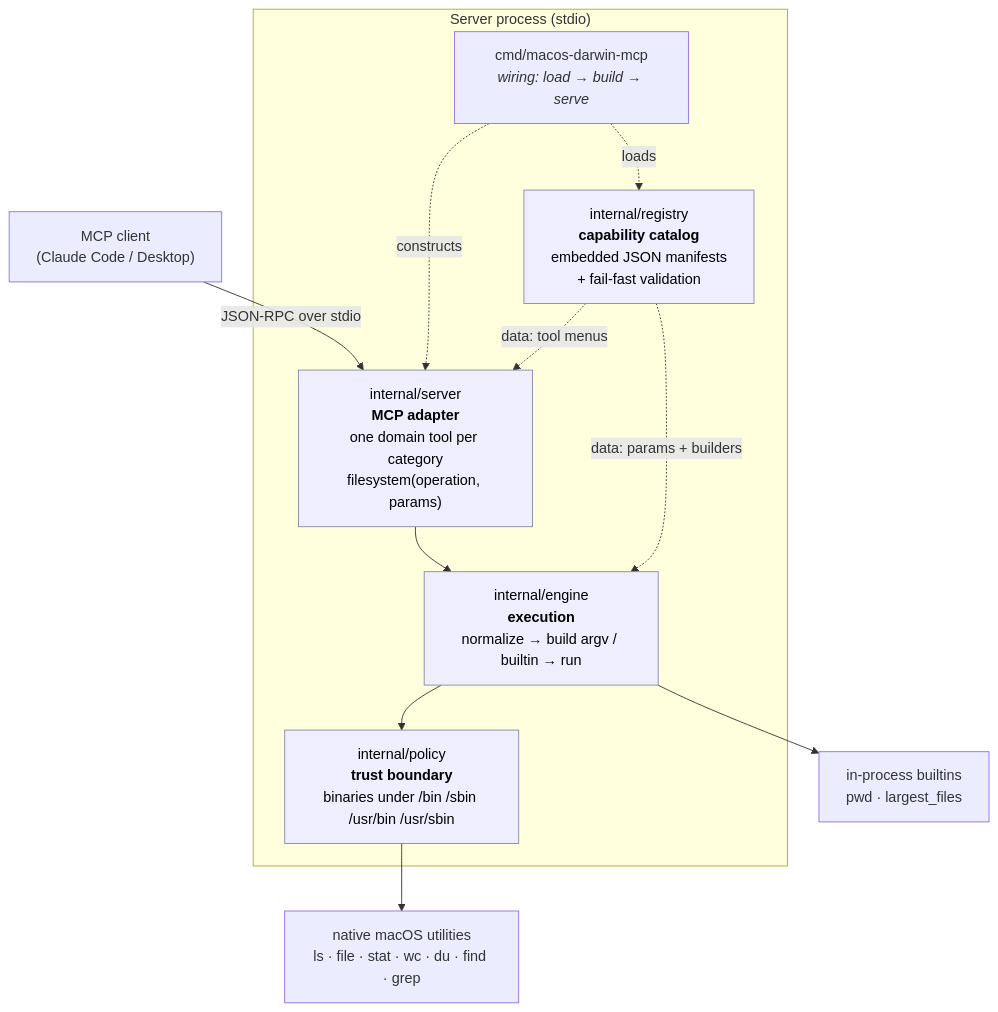
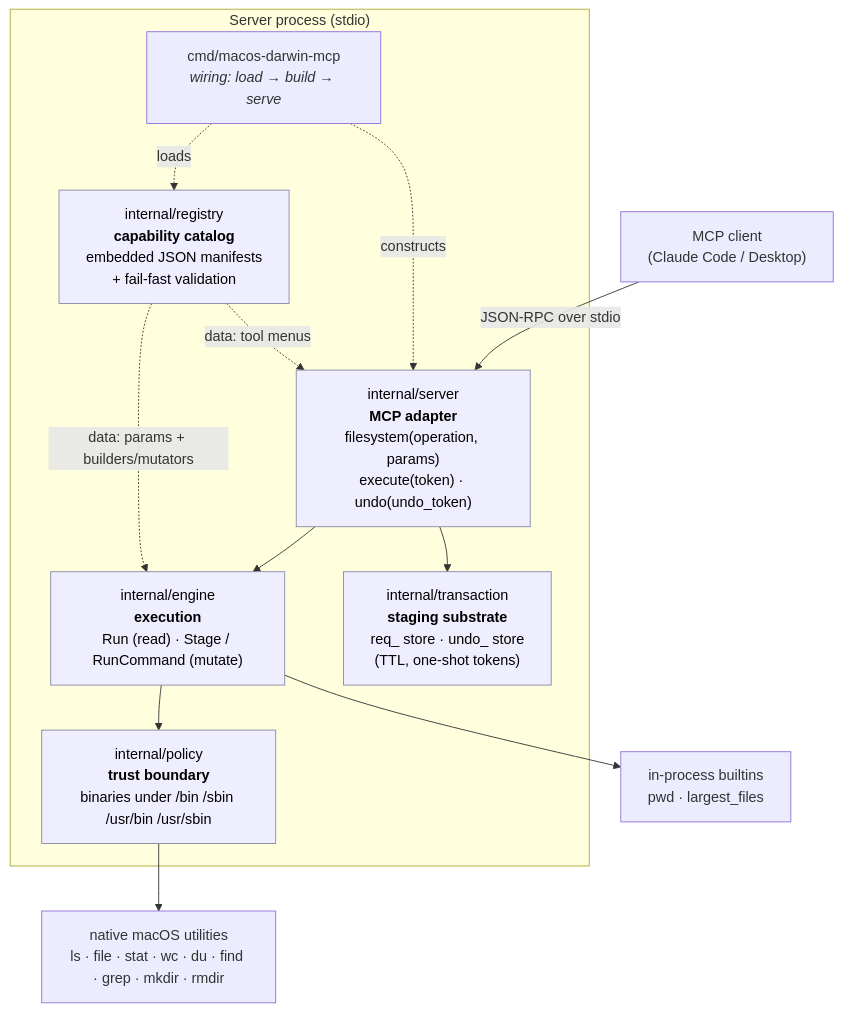
Before and after one commit to kinnoo-project/mcp-server-mac-os: the first of 3 diagrams in README.md, drawn with Mermaid. The commit also changed other lines of this file and 1 other file, not shown here.

First line of the commit message:
docs: document the Phase 2 mutation flow (stage → execute → undo)

````diff
--- a/README.md
+++ b/README.md
@@ -42,28 +46,30 @@
 ```mermaid
 flowchart TD
     Client["MCP client<br/>(Claude Code / Desktop)"]
 
     subgraph proc["Server process (stdio)"]
         Main["cmd/macos-darwin-mcp<br/><i>wiring: load → build → serve</i>"]
-        ServerPkg["internal/server<br/><b>MCP adapter</b><br/>one domain tool per category<br/>filesystem(operation, params)"]
-        Engine["internal/engine<br/><b>execution</b><br/>normalize → build argv / builtin → run"]
+        ServerPkg["internal/server<br/><b>MCP adapter</b><br/>filesystem(operation, params)<br/>execute(token) · undo(undo_token)"]
+        Engine["internal/engine<br/><b>execution</b><br/>Run (read) · Stage / RunCommand (mutate)"]
         Policy["internal/policy<br/><b>trust boundary</b><br/>binaries under /bin /sbin /usr/bin /usr/sbin"]
         Registry["internal/registry<br/><b>capability catalog</b><br/>embedded JSON manifests<br/>+ fail-fast validation"]
+        Txn["internal/transaction<br/><b>staging substrate</b><br/>req_ store · undo_ store<br/>(TTL, one-shot tokens)"]
     end
 
-    Native["native macOS utilities<br/>ls · file · stat · wc · du · find · grep"]
+    Native["native macOS utilities<br/>ls · file · stat · wc · du · find · grep · mkdir · rmdir"]
     Builtin["in-process builtins<br/>pwd · largest_files"]
 
     Client -- "JSON-RPC over stdio" --> ServerPkg
     Main -. loads .-> Registry
     Main -. constructs .-> ServerPkg
     ServerPkg --> Engine
+    ServerPkg --> Txn
     Engine --> Policy
     Policy --> Native
     Engine --> Builtin
     Registry -. "data: tool menus" .-> ServerPkg
-    Registry -. "data: params + builders" .-> Engine
+    Registry -. "data: params + builders/mutators" .-> Engine
 
     classDef layer fill:#eef,stroke:#88a,color:#000;
-    class ServerPkg,Engine,Policy,Registry layer;
+    class ServerPkg,Engine,Policy,Registry,Txn layer;
 ```
````
